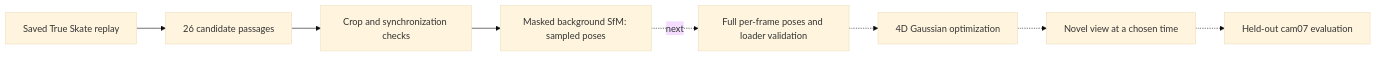
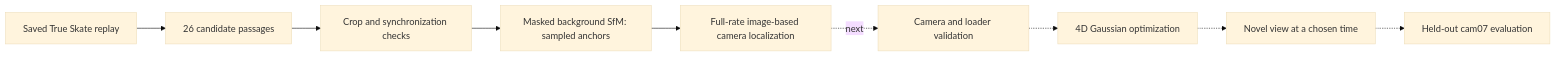
One commit to craptou/Projet_4D_Gaussian_Splatting changed the diagram in README.md. Above: the diagram before and after it, drawn with Mermaid (base theme). The commit also changed other lines of this file and 27 other files, not shown here.

Commit message:
docs: record full-rate pose coverage retries and bilingual review evidence

````diff
--- a/README.md
+++ b/README.md
@@ -44,10 +49,11 @@
 ```mermaid
 flowchart LR
  A[Saved True Skate replay] --> B[26 candidate passages]
  B --> C[Crop and synchronization checks]
- C --> D[Masked background SfM: sampled poses]
- D -. next .-> E[Full per-frame poses and loader validation]
- E -.-> F[4D Gaussian optimization]
+ C --> D[Masked background SfM: sampled anchors]
+ D --> E[Full-rate image-based camera localization]
+ E -. next .-> V[Camera and loader validation]
+ V -.-> F[4D Gaussian optimization]
  F -.-> G[Novel view at a chosen time]
  G -.-> H[Held-out cam07 evaluation]
 ```
````
